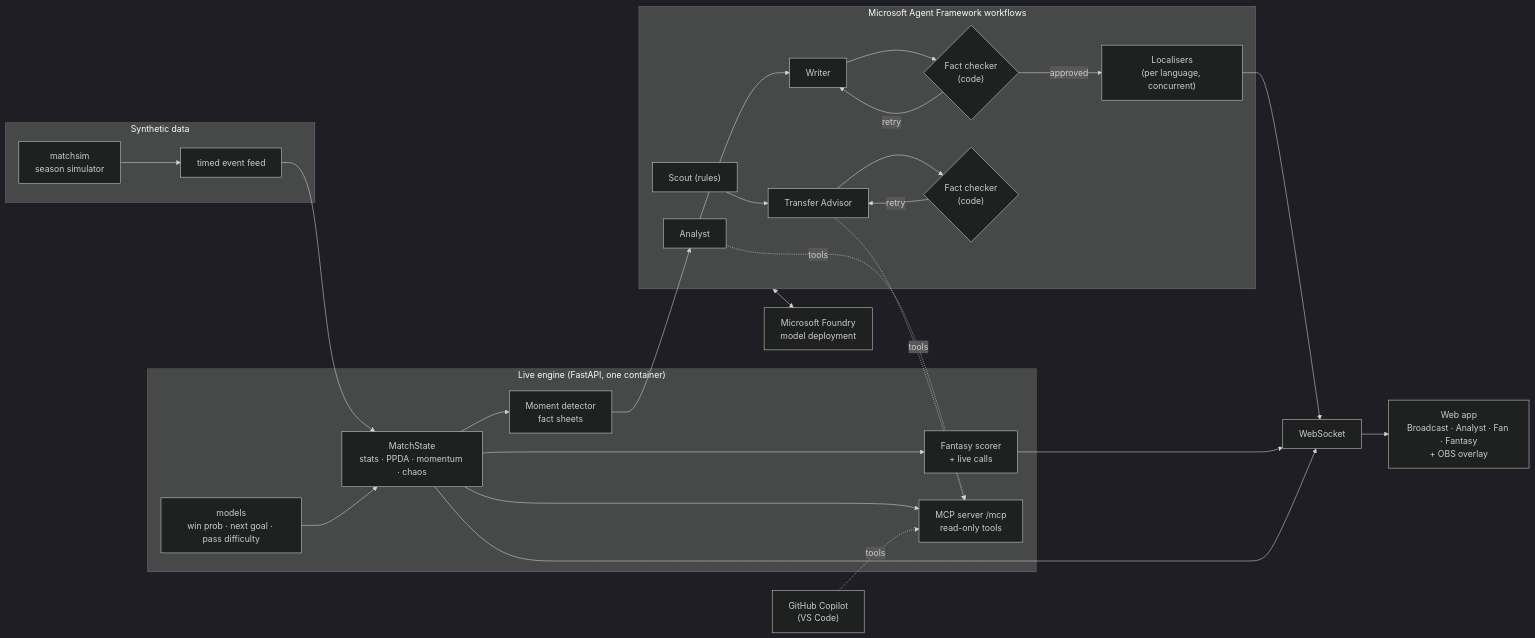
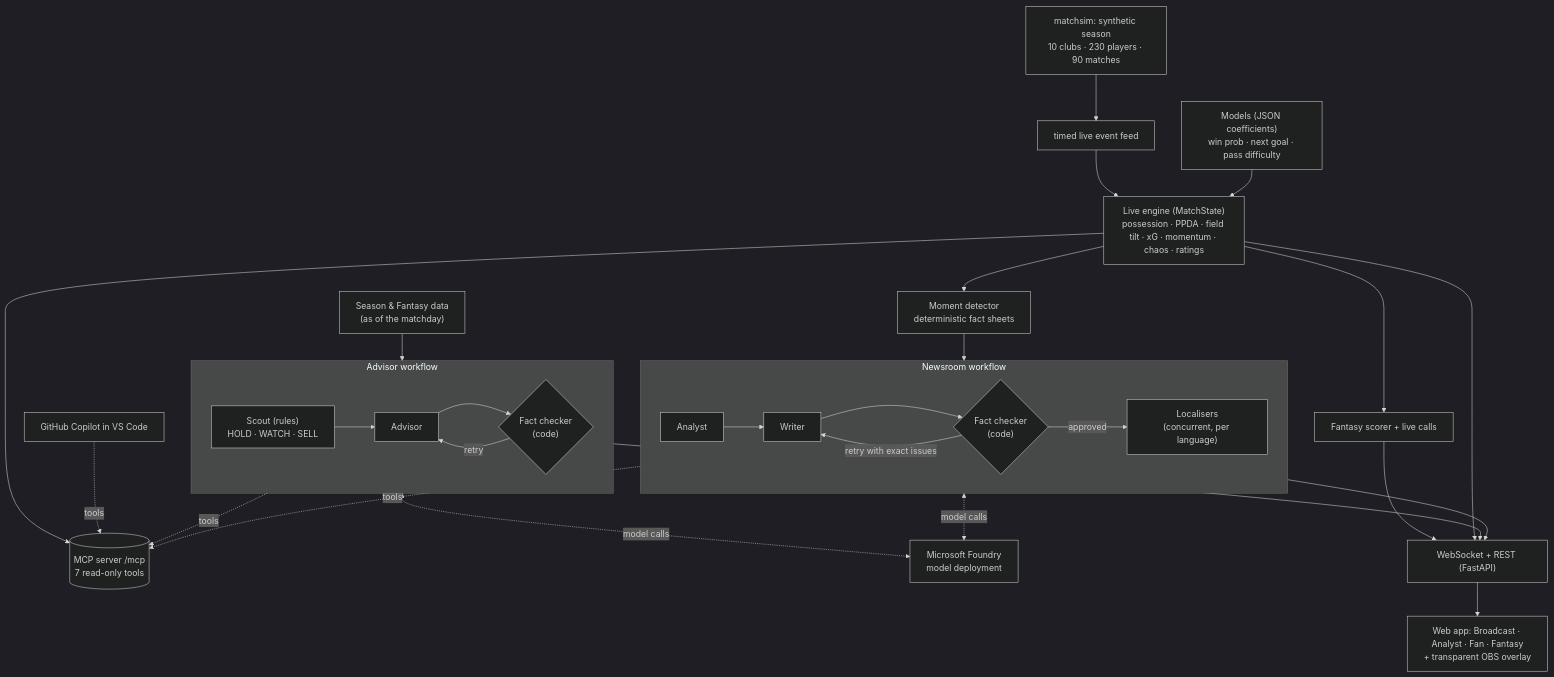
One commit to r0sick/matchlens changed the diagram in README.md. Above: the diagram before and after it, drawn with Mermaid (dark theme). The commit also changed other lines of this file, not shown here.

Commit message:
README: cleaner architecture diagram
Claude-Session: https://claude.ai/code/session_01129owQr6CbGPGmbwMdqT8v

````diff
--- a/README.md
+++ b/README.md
@@ -35,28 +35,35 @@
 ```mermaid
-flowchart LR
-  subgraph Data["Synthetic data"]
-    SIM["matchsim<br/>season simulator"] --> FEED["timed event feed"]
+flowchart TB
+  SIM["matchsim: synthetic season<br/>10 clubs · 230 players · 90 matches"] --> FEED["timed live event feed"]
+  FEED --> STATE["Live engine (MatchState)<br/>possession · PPDA · field tilt · xG · momentum · chaos · ratings"]
+  MODELS["Models (JSON coefficients)<br/>win prob · next goal · pass difficulty"] --> STATE
+  STATE --> FACTS["Moment detector<br/>deterministic fact sheets"]
+  STATE --> FANT["Fantasy scorer + live calls"]
+  STATE --> MCP[("MCP server /mcp<br/>7 read-only tools")]
+
+  subgraph NEWS["Newsroom workflow"]
+    direction LR
+    AN["Analyst"] --> WR["Writer"] --> FC{"Fact checker<br/>(code)"}
+    FC -- "retry with exact issues" --> WR
+    FC -- approved --> LOC["Localisers<br/>(concurrent, per language)"]
   end
-  subgraph Engine["Live engine (FastAPI, one container)"]
-    FEED --> STATE["MatchState<br/>stats · PPDA · momentum · chaos"]
-    MODELS["models<br/>win prob · next goal · pass difficulty"] --> STATE
-    STATE --> FACTS["Moment detector<br/>fact sheets"]
-    STATE --> FAN["Fantasy scorer<br/>+ live calls"]
-    STATE --> MCP["MCP server /mcp<br/>read-only tools"]
-  end
-  subgraph Agents["Microsoft Agent Framework workflows"]
-    FACTS --> AN["Analyst"] --> WR["Writer"] --> FC{"Fact checker<br/>(code)"}
-    FC -- retry --> WR
-    FC -- approved --> LOC["Localisers<br/>(per language, concurrent)"]
-    SC["Scout (rules)"] --> ADV["Transfer Advisor"] --> FC2{"Fact checker<br/>(code)"}
+  subgraph ADVW["Advisor workflow"]
+    direction LR
+    SC["Scout (rules)<br/>HOLD · WATCH · SELL"] --> ADV["Advisor"] --> FC2{"Fact checker<br/>(code)"}
     FC2 -- retry --> ADV
   end
+
+  FACTS --> AN
+  SEASON["Season & Fantasy data<br/>(as of the matchday)"] --> SC
   AN -. tools .-> MCP
   ADV -. tools .-> MCP
-  COP["GitHub Copilot<br/>(VS Code)"] -. tools .-> MCP
-  Agents <--> FOUNDRY["Microsoft Foundry<br/>model deployment"]
-  LOC --> WS["WebSocket"]
-  FAN --> WS
+  COP["GitHub Copilot in VS Code"] -. tools .-> MCP
+  NEWS <-. model calls .-> FOUNDRY["Microsoft Foundry<br/>model deployment"]
+  ADVW <-. model calls .-> FOUNDRY
+
+  LOC --> WS["WebSocket + REST (FastAPI)"]
+  FANT --> WS
   STATE --> WS
-  WS --> UI["Web app<br/>Broadcast · Analyst · Fan · Fantasy<br/>+ OBS overlay"]
+  FC2 --> WS
+  WS --> UI["Web app: Broadcast · Analyst · Fan · Fantasy<br/>+ transparent OBS overlay"]
 ```
````
